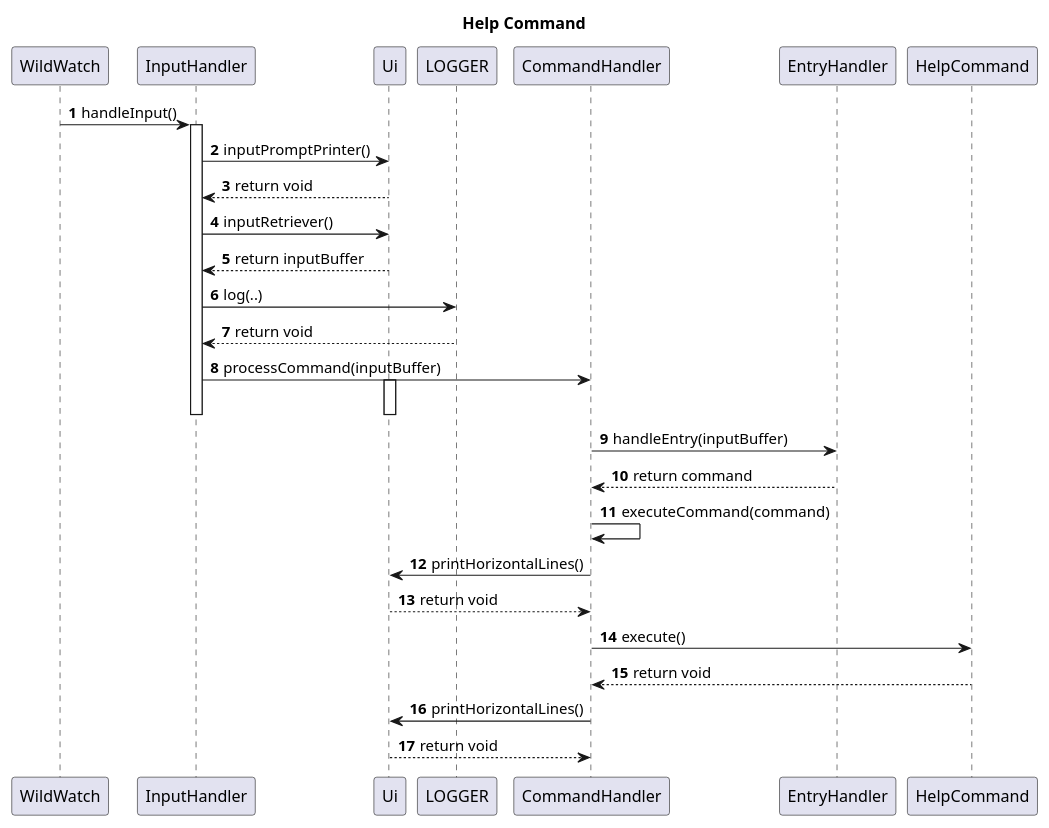
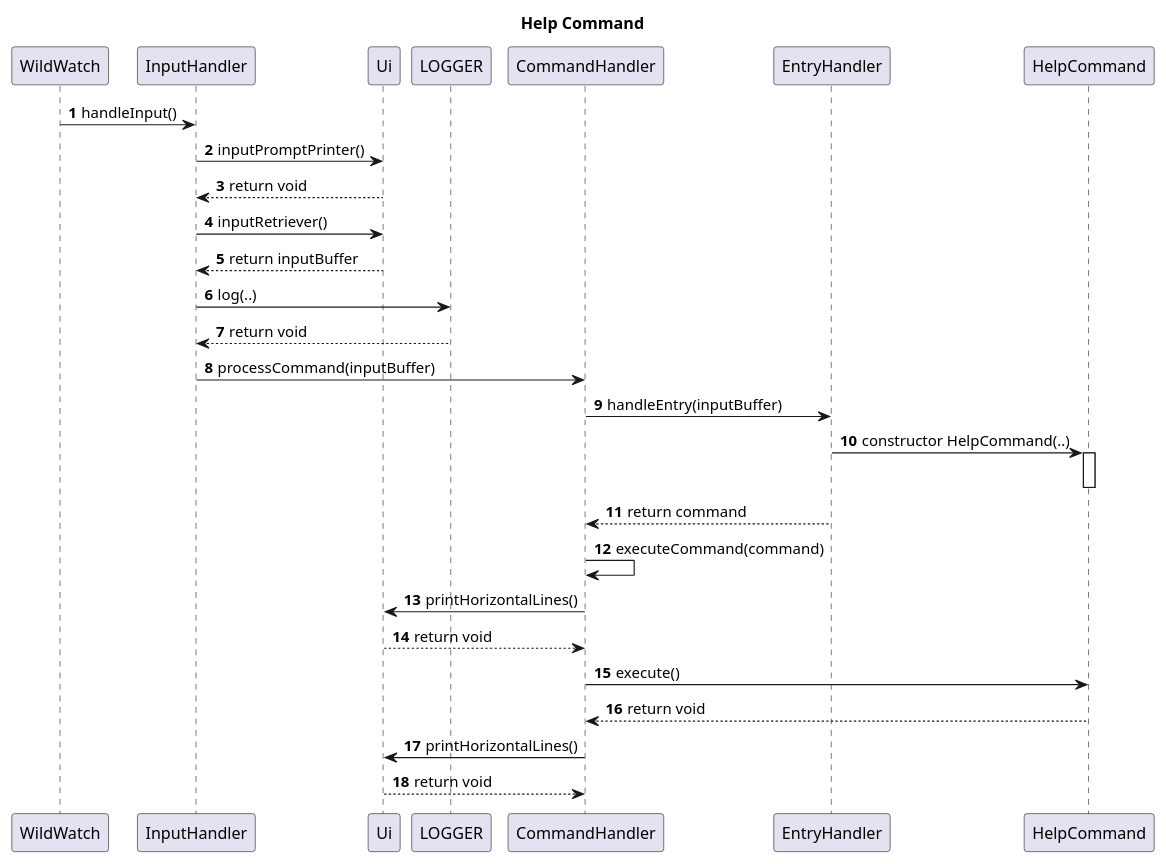
One commit to woodenclock/tp changed the diagram in docs/uml/HelpCommand.puml. Above: the diagram before and after it, drawn with PlantUML. The commit also changed 3 other files, not shown here.

Commit message:
Updated helpMessage, modified help command to display short version by default, and supports help COMMAND now

```diff
--- a/docs/uml/HelpCommand.puml
+++ b/docs/uml/HelpCommand.puml
@@ -1,37 +1,38 @@
 @startuml
 'https://plantuml.com/sequence-diagram
 
 autonumber
 
 title Help Command
 
 participant a as "WildWatch"
 participant b as "InputHandler"
 participant c as "Ui"
 participant d as "LOGGER"
 participant e as "CommandHandler"
 participant f as "EntryHandler"
 participant g as "HelpCommand"
 
 a->b: handleInput()
-activate b
 b->c: inputPromptPrinter()
 c-->b: return void
 b->c: inputRetriever()
 c-->b: return inputBuffer
 b->d: log(..)
 d-->b: return void
 b->e: processCommand(inputBuffer)
-activate c
 deactivate b
 deactivate c
 e->f: handleEntry(inputBuffer)
+f->g: constructor HelpCommand(..)
+activate g
+deactivate g
 f-->e: return command
 e->e: executeCommand(command)
 e->c: printHorizontalLines()
 c-->e: return void
 e->g: execute()
 g-->e: return void
 e->c: printHorizontalLines()
 c-->e: return void
 @enduml
```
